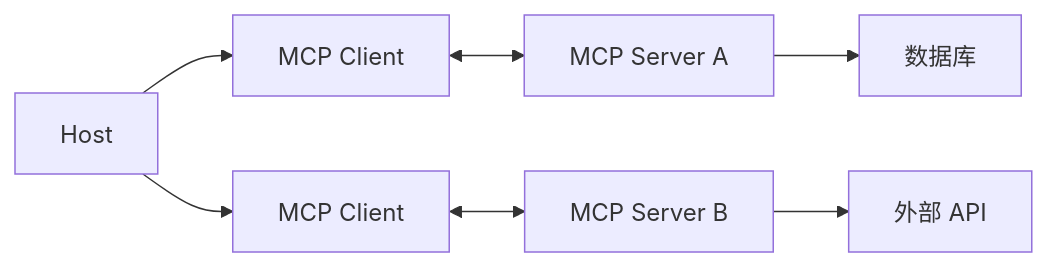
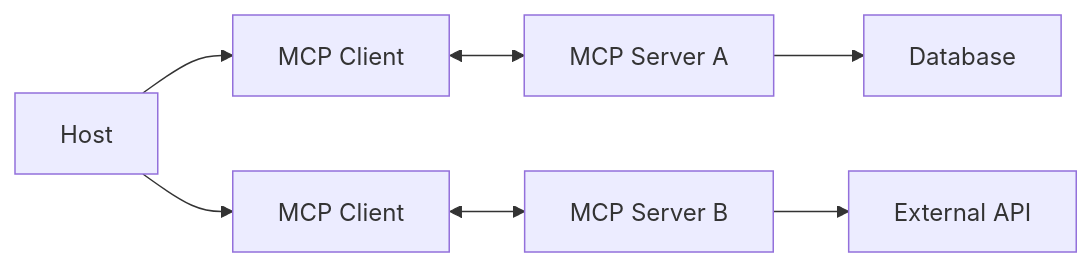
The fourth of 15 diagrams in docs/agent/01-foundations/03-agentic-building-blocks.md (oneleaveknowsthefall/awesome-ai-roadmap), drawn with Mermaid before and after one commit. The commit also changed other lines of this file and 68 other files, not shown here.

````diff
--- a/docs/agent/01-foundations/03-agentic-building-blocks.md
+++ b/docs/agent/01-foundations/03-agentic-building-blocks.md
@@ -181,9 +185,9 @@
 ```mermaid
 flowchart LR
     H[Host] --> C1[MCP Client]
     H --> C2[MCP Client]
     C1 <--> S1[MCP Server A]
     C2 <--> S2[MCP Server B]
-    S1 --> DB[数据库]
-    S2 --> API[外部 API]
+    S1 --> DB[Database]
+    S2 --> API[External API]
 ```
````
